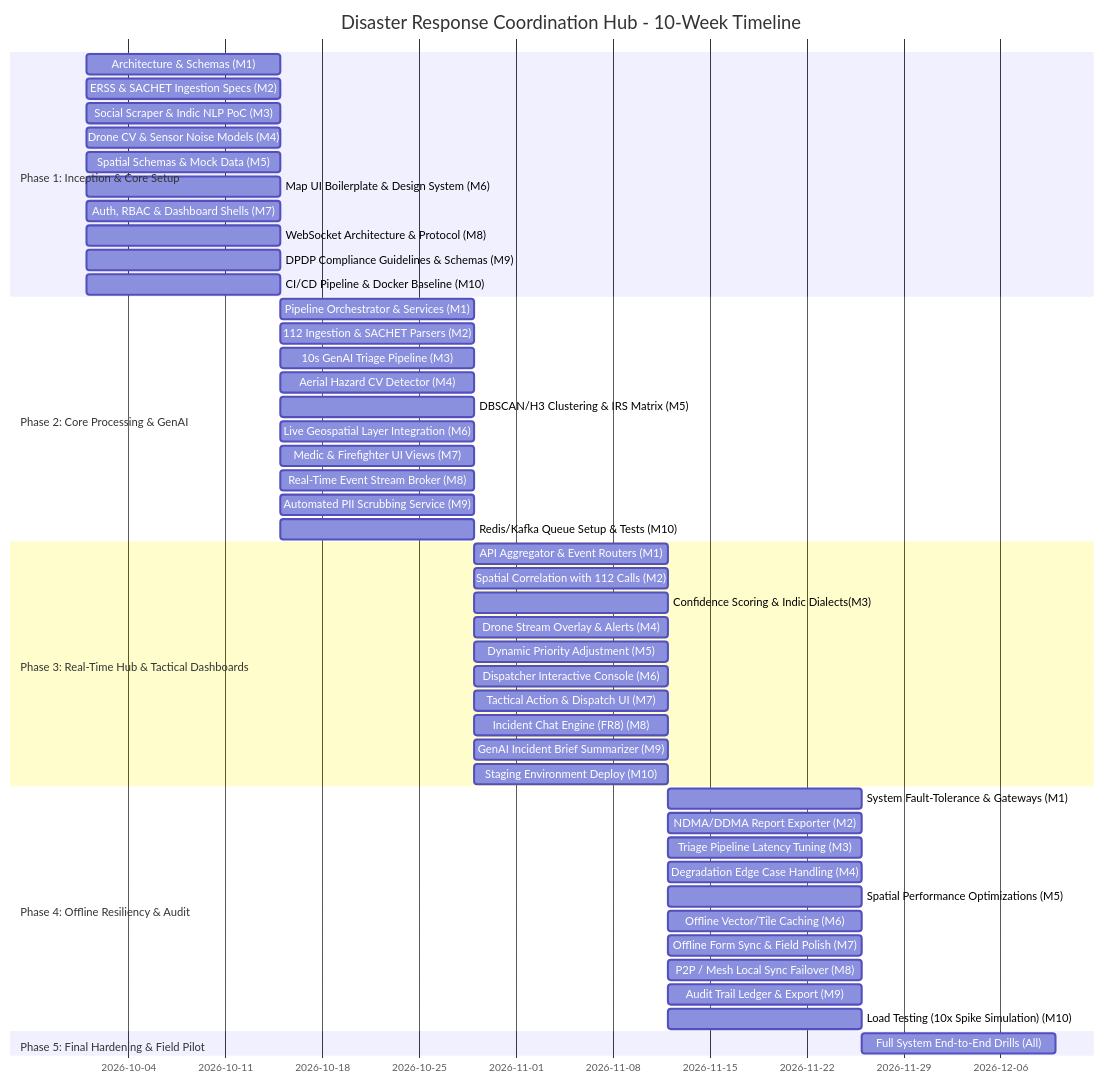
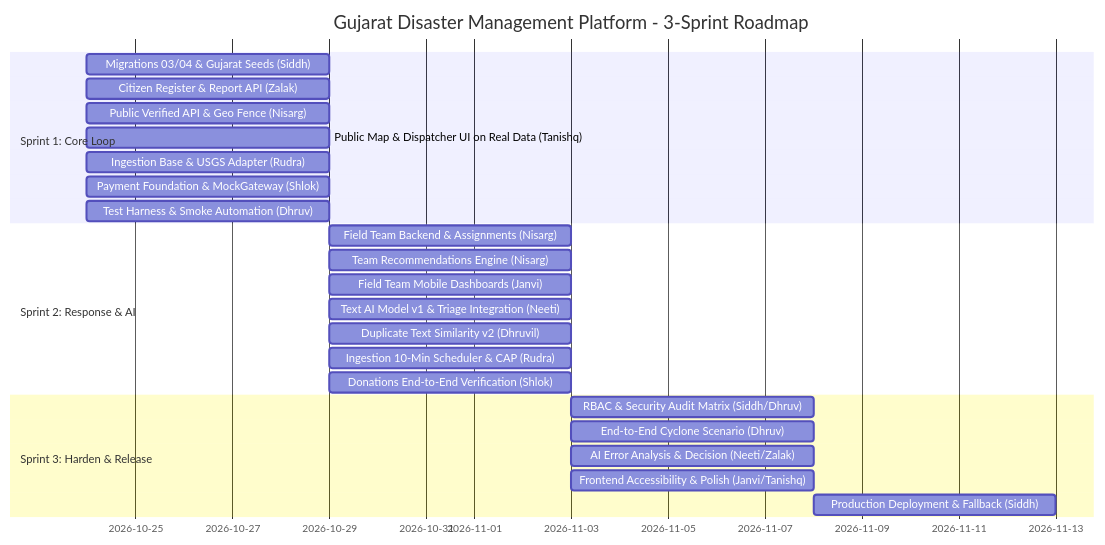
One commit to D202401433/IT314_Software_Project changed the diagram in README.md. Above: the diagram before and after it, drawn with Mermaid. The commit also changed other lines of this file and 26 other files, not shown here.

````diff
--- a/README.md
+++ b/README.md
@@ -93,55 +57,29 @@
 ```mermaid
 gantt
-    title Disaster Response Coordination Hub - 10-Week Timeline
+    title Gujarat Disaster Management Platform - 3-Sprint Roadmap
     dateFormat  YYYY-MM-DD
-    section Phase 1: Inception & Core Setup
-    Architecture & Schemas (M1)            :p1_m1, 2026-10-01, 14d
-    ERSS & SACHET Ingestion Specs (M2)    :p1_m2, 2026-10-01, 14d
-    Social Scraper & Indic NLP PoC (M3)    :p1_m3, 2026-10-01, 14d
-    Drone CV & Sensor Noise Models (M4)    :p1_m4, 2026-10-01, 14d
-    Spatial Schemas & Mock Data (M5)       :p1_m5, 2026-10-01, 14d
-    Map UI Boilerplate & Design System (M6):p1_m6, 2026-10-01, 14d
-    Auth, RBAC & Dashboard Shells (M7)     :p1_m7, 2026-10-01, 14d
-    WebSocket Architecture & Protocol (M8) :p1_m8, 2026-10-01, 14d
-    DPDP Compliance Guidelines & Schemas (M9):p1_m9, 2026-10-01, 14d
-    CI/CD Pipeline & Docker Baseline (M10) :p1_m10, 2026-10-01, 14d
+    section Sprint 1: Core Loop
+    Migrations 03/04 & Gujarat Seeds (Siddh)     :s1_siddh, 2026-10-24, 5d
+    Citizen Register & Report API (Zalak)        :s1_zalak, 2026-10-24, 5d
+    Public Verified API & Geo Fence (Nisarg)     :s1_nisarg, 2026-10-24, 5d
+    Public Map & Dispatcher UI on Real Data (Tanishq):s1_tanishq, 2026-10-24, 5d
+    Ingestion Base & USGS Adapter (Rudra)        :s1_rudra, 2026-10-24, 5d
+    Payment Foundation & MockGateway (Shlok)     :s1_shlok, 2026-10-24, 5d
+    Test Harness & Smoke Automation (Dhruv)      :s1_dhruv, 2026-10-24, 5d
 
-    section Phase 2: Core Processing & GenAI
-    Pipeline Orchestrator & Services (M1) :p2_m1, after p1_m1, 14d
-    112 Ingestion & SACHET Parsers (M2)    :p2_m2, after p1_m2, 14d
-    10s GenAI Triage Pipeline (M3)         :p2_m3, after p1_m3, 14d
-    Aerial Hazard CV Detector (M4)         :p2_m4, after p1_m4, 14d
-    DBSCAN/H3 Clustering & IRS Matrix (M5) :p2_m5, after p1_m5, 14d
-    Live Geospatial Layer Integration (M6) :p2_m6, after p1_m6, 14d
-    Medic & Firefighter UI Views (M7)      :p2_m7, after p1_m7, 14d
-    Real-Time Event Stream Broker (M8)     :p2_m8, after p1_m8, 14d
-    Automated PII Scrubbing Service (M9)   :p2_m9, after p1_m9, 14d
-    Redis/Kafka Queue Setup & Tests (M10)  :p2_m10, after p1_m10, 14d
+    section Sprint 2: Response & AI
+    Field Team Backend & Assignments (Nisarg)    :s2_nisarg, after s1_siddh, 5d
+    Team Recommendations Engine (Nisarg)         :s2_recs, after s1_siddh, 5d
+    Field Team Mobile Dashboards (Janvi)         :s2_janvi, after s1_zalak, 5d
+    Text AI Model v1 & Triage Integration (Neeti):s2_neeti, after s1_rudra, 5d
+    Duplicate Text Similarity v2 (Dhruvil)       :s2_dhruvil, after s1_rudra, 5d
+    Ingestion 10-Min Scheduler & CAP (Rudra)     :s2_sched, after s1_rudra, 5d
+    Donations End-to-End Verification (Shlok)    :s2_pay, after s1_shlok, 5d
 
-    section Phase 3: Real-Time Hub & Tactical Dashboards
-    API Aggregator & Event Routers (M1)    :p3_m1, after p2_m1, 14d
-    Spatial Correlation with 112 Calls (M2):p3_m2, after p2_m2, 14d
-    Confidence Scoring & Indic Dialects(M3):p3_m3, after p2_m3, 14d
-    Drone Stream Overlay & Alerts (M4)     :p3_m4, after p2_m4, 14d
-    Dynamic Priority Adjustment (M5)       :p3_m5, after p2_m5, 14d
-    Dispatcher Interactive Console (M6)    :p3_m6, after p2_m6, 14d
-    Tactical Action & Dispatch UI (M7)     :p3_m7, after p2_m7, 14d
-    Incident Chat Engine (FR8) (M8)        :p3_m8, after p2_m8, 14d
-    GenAI Incident Brief Summarizer (M9)   :p3_m9, after p2_m9, 14d
-    Staging Environment Deploy (M10)       :p3_m10, after p2_m10, 14d
-
-    section Phase 4: Offline Resiliency & Audit
-    System Fault-Tolerance & Gateways (M1) :p4_m1, after p3_m1, 14d
-    NDMA/DDMA Report Exporter (M2)         :p4_m2, after p3_m2, 14d
-    Triage Pipeline Latency Tuning (M3)    :p4_m3, after p3_m3, 14d
-    Degradation Edge Case Handling (M4)    :p4_m4, after p3_m4, 14d
-    Spatial Performance Optimizations (M5) :p4_m5, after p3_m5, 14d
-    Offline Vector/Tile Caching (M6)       :p4_m6, after p3_m6, 14d
-    Offline Form Sync & Field Polish (M7)  :p4_m7, after p3_m7, 14d
-    P2P / Mesh Local Sync Failover (M8)    :p4_m8, after p3_m8, 14d
-    Audit Trail Ledger & Export (M9)       :p4_m9, after p3_m9, 14d
-    Load Testing (10x Spike Simulation) (M10):p4_m10, after p3_m10, 14d
-
-    section Phase 5: Final Hardening & Field Pilot
-    Full System End-to-End Drills (All)   :p5_all, after p4_m1, 14d
+    section Sprint 3: Harden & Release
+    RBAC & Security Audit Matrix (Siddh/Dhruv)   :s3_sec, after s2_nisarg, 5d
+    End-to-End Cyclone Scenario (Dhruv)          :s3_scen, after s2_nisarg, 5d
+    AI Error Analysis & Decision (Neeti/Zalak)   :s3_ai, after s2_neeti, 5d
+    Frontend Accessibility & Polish (Janvi/Tanishq):s3_fe, after s2_janvi, 5d
+    Production Deployment & Fallback (Siddh)     :s3_prod, after s3_sec, 5d
 ```
````
